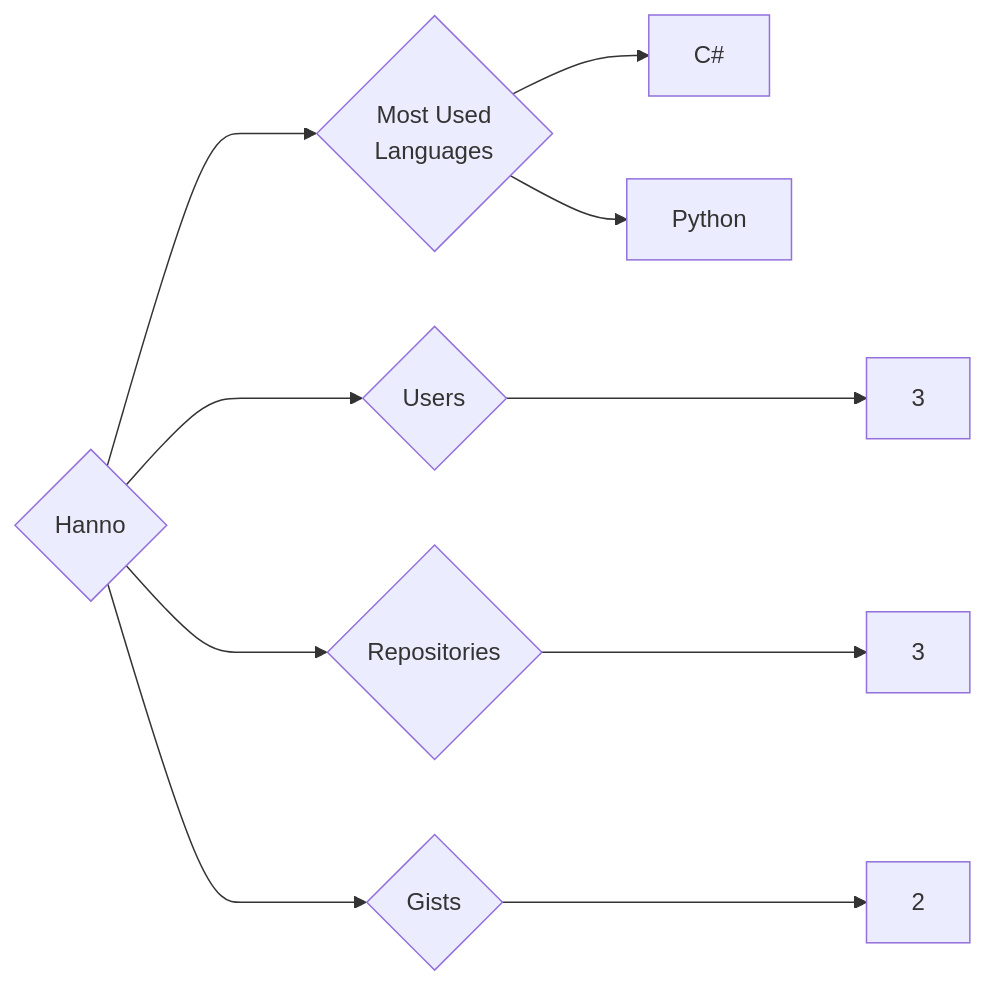
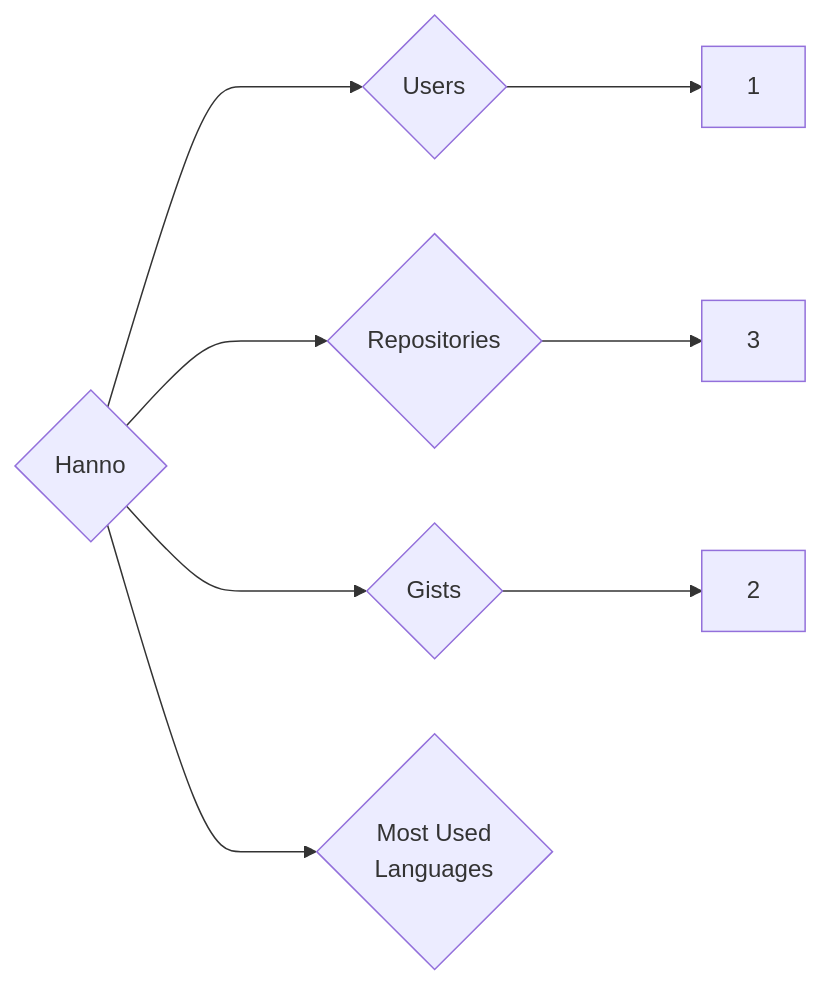
One commit to trickest/insiders changed the diagram in targets/Hanno/README.md. Above: the diagram before and after it, drawn with Mermaid. The commit also changed 927 other files, not shown here.

````diff
--- a/targets/Hanno/README.md
+++ b/targets/Hanno/README.md
@@ -3,10 +3,8 @@
 ```mermaid
 graph LR
 COMPANY_NAME{Hanno}
-COMPANY_NAME ---> U{Users} ---> UN[3]
+COMPANY_NAME ---> U{Users} ---> UN[1]
 COMPANY_NAME ---> R{Repositories} ---> RN[3]
 COMPANY_NAME ---> G{Gists} ---> GN[2]
 COMPANY_NAME ---> ML{Most Used<br>Languages}
-ML --> C#[C#]
-ML --> Python[Python]
 ```
````
